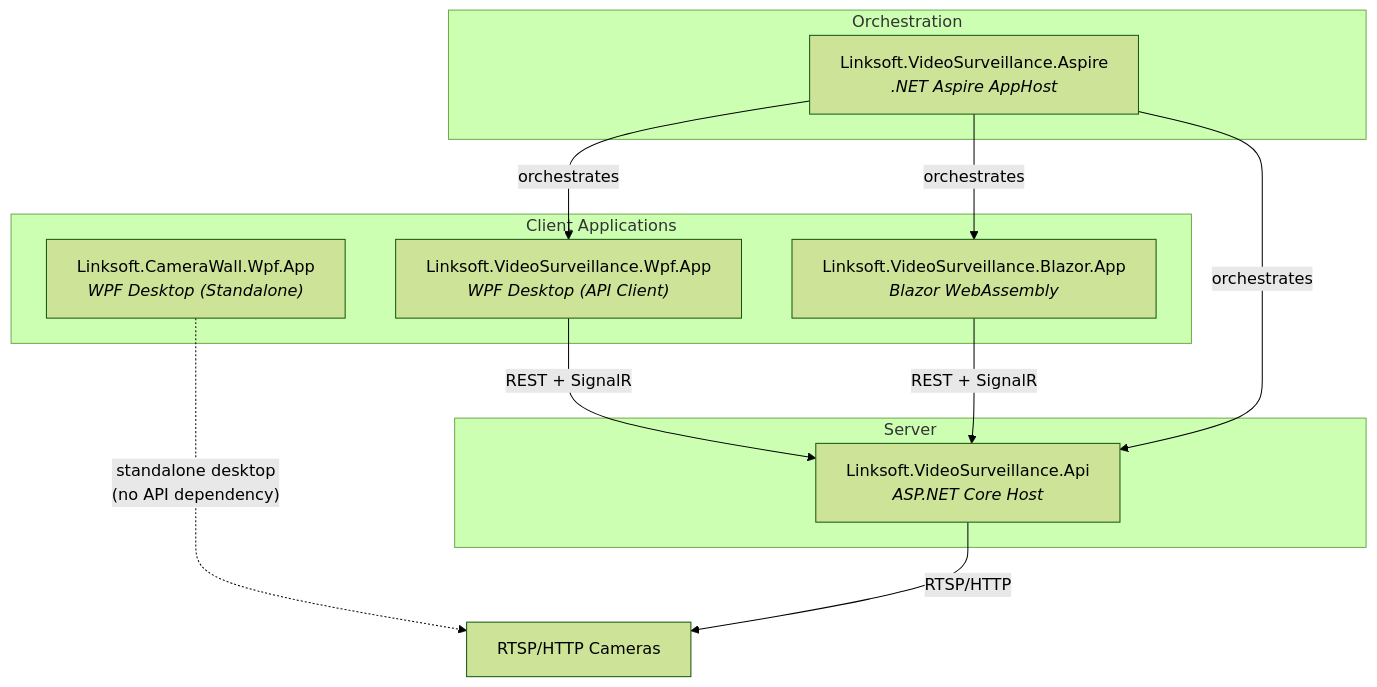
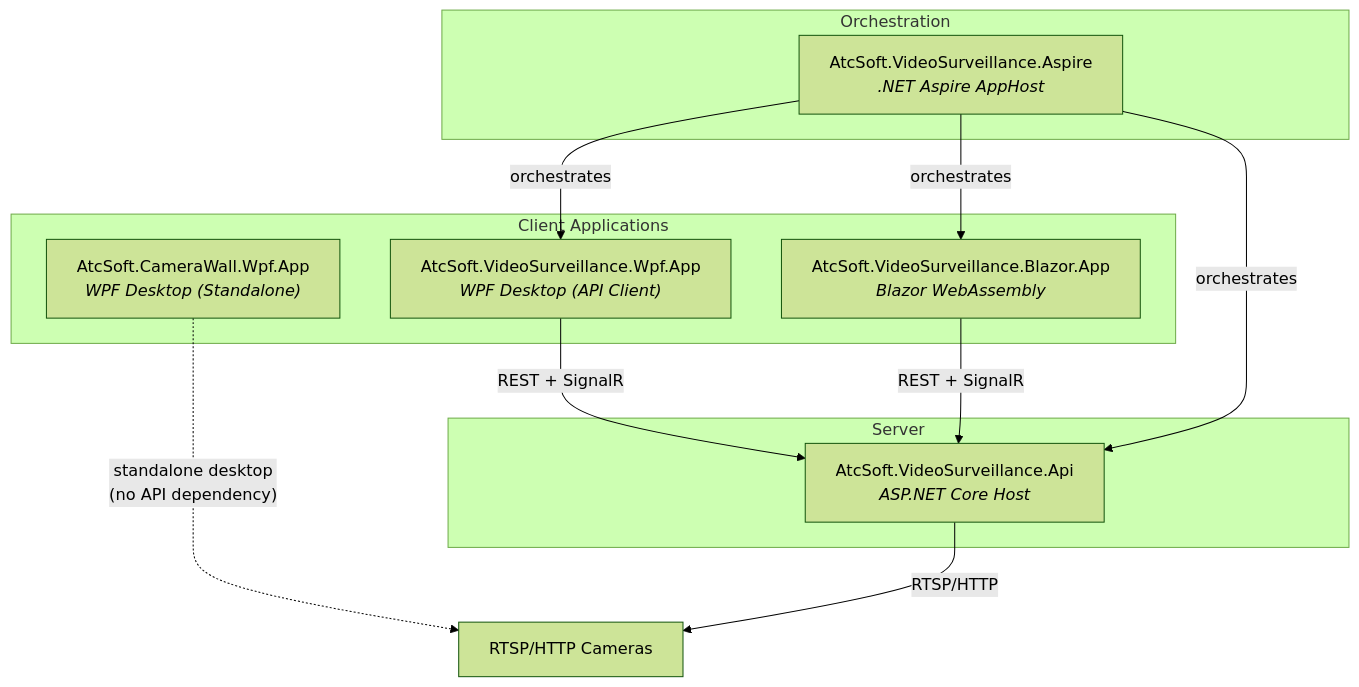
One commit to davidkallesen/AtcSoft.VideoSurveillance changed the first of 8 diagrams in docs/architecture.md. Above: the diagram before and after it, drawn with Mermaid (forest theme). The commit also changed other lines of this file and 581 other files, not shown here.

First line of the commit message:
feat: rename product and namespaces from Linksoft to AtcSoft

````diff
--- a/docs/architecture.md
+++ b/docs/architecture.md
@@ -7,25 +7,25 @@
 ```mermaid
 graph TB
     subgraph Clients["Client Applications"]
-        WPF["Linksoft.CameraWall.Wpf.App<br/><i>WPF Desktop (Standalone)</i>"]
-        VSWpf["Linksoft.VideoSurveillance.Wpf.App<br/><i>WPF Desktop (API Client)</i>"]
-        Blazor["Linksoft.VideoSurveillance.Blazor.App<br/><i>Blazor WebAssembly</i>"]
+        WPF["AtcSoft.CameraWall.Wpf.App<br/><i>WPF Desktop (Standalone)</i>"]
+        VSWpf["AtcSoft.VideoSurveillance.Wpf.App<br/><i>WPF Desktop (API Client)</i>"]
+        Blazor["AtcSoft.VideoSurveillance.Blazor.App<br/><i>Blazor WebAssembly</i>"]
     end
 
     subgraph Server["Server"]
-        API["Linksoft.VideoSurveillance.Api<br/><i>ASP.NET Core Host</i>"]
+        API["AtcSoft.VideoSurveillance.Api<br/><i>ASP.NET Core Host</i>"]
     end
 
     subgraph Orchestration
-        Aspire["Linksoft.VideoSurveillance.Aspire<br/><i>.NET Aspire AppHost</i>"]
+        Aspire["AtcSoft.VideoSurveillance.Aspire<br/><i>.NET Aspire AppHost</i>"]
     end
 
     VSWpf -- "REST + SignalR" --> API
     Blazor -- "REST + SignalR" --> API
     Aspire -- "orchestrates" --> API
     Aspire -- "orchestrates" --> Blazor
     Aspire -- "orchestrates" --> VSWpf
 
     WPF -. "standalone desktop<br/>(no API dependency)" .-> Cameras["RTSP/HTTP Cameras"]
     API -- "RTSP/HTTP" --> Cameras
 ```
````
